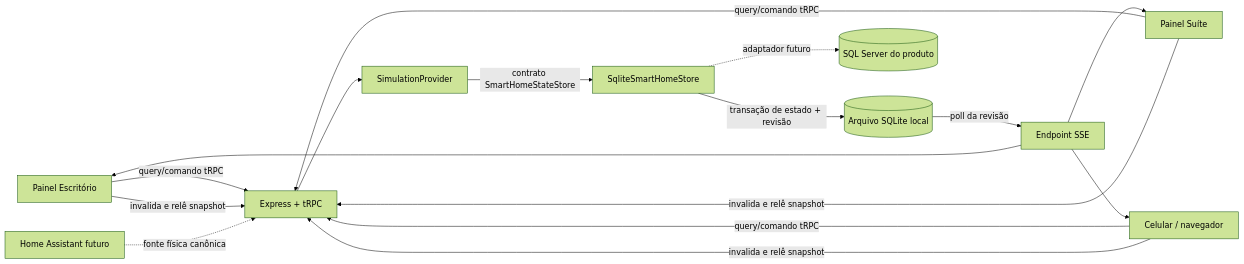
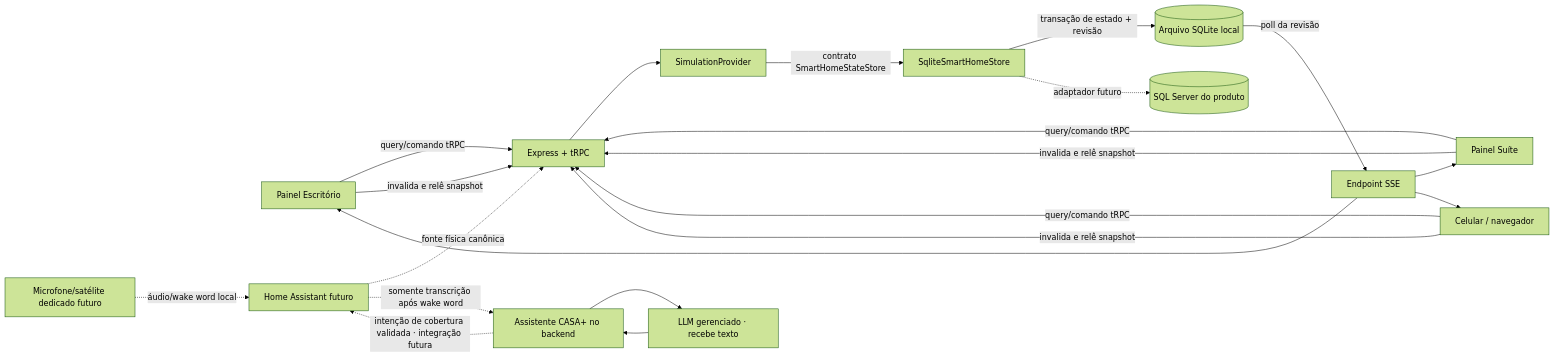
The diagram in docs/backend-architecture.md (miguel-navas/smart-home), drawn with Mermaid (forest theme) before and after one commit. The commit also changed other lines of this file and 26 other files, not shown here.

````diff
--- a/docs/backend-architecture.md
+++ b/docs/backend-architecture.md
@@ -18,18 +18,23 @@
 ```mermaid
 flowchart LR
   A[Painel Escritório] -->|query/comando tRPC| API[Express + tRPC]
   B[Painel Suíte] -->|query/comando tRPC| API
   C[Celular / navegador] -->|query/comando tRPC| API
   API --> SIM[SimulationProvider]
   SIM -->|contrato SmartHomeStateStore| STORE[SqliteSmartHomeStore]
   STORE -->|transação de estado + revisão| DB[(Arquivo SQLite local)]
   DB -->|poll da revisão| SSE[Endpoint SSE]
   SSE --> A
   SSE --> B
   SSE --> C
   A -->|invalida e relê snapshot| API
   B -->|invalida e relê snapshot| API
   C -->|invalida e relê snapshot| API
   STORE -. adaptador futuro .-> SQL[(SQL Server do produto)]
   HA[Home Assistant futuro] -. fonte física canônica .-> API
+  VOICE[Microfone/satélite dedicado futuro] -. áudio/wake word local .-> HA
+  HA -. somente transcrição após wake word .-> CHAT[Assistente CASA+ no backend]
+  CHAT --> LLM[LLM gerenciado · recebe texto]
+  LLM --> CHAT
+  CHAT -. intenção de cobertura validada · integração futura .-> HA
 ```
````
